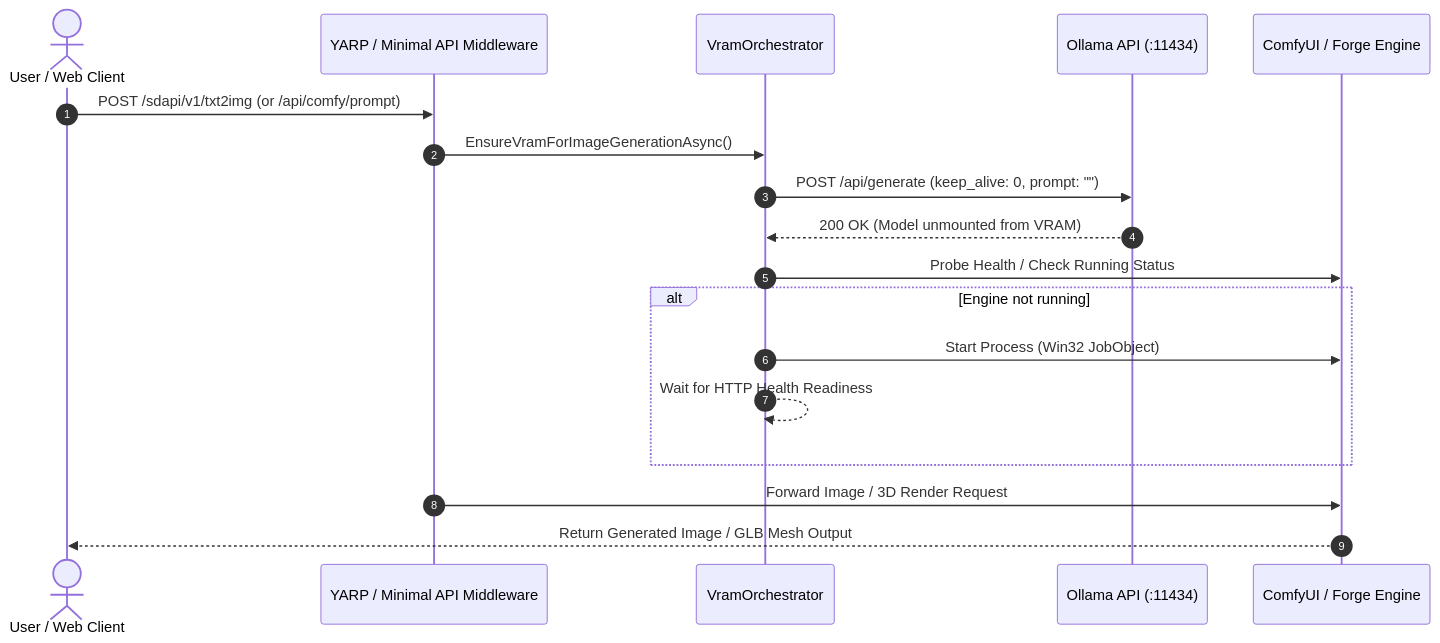
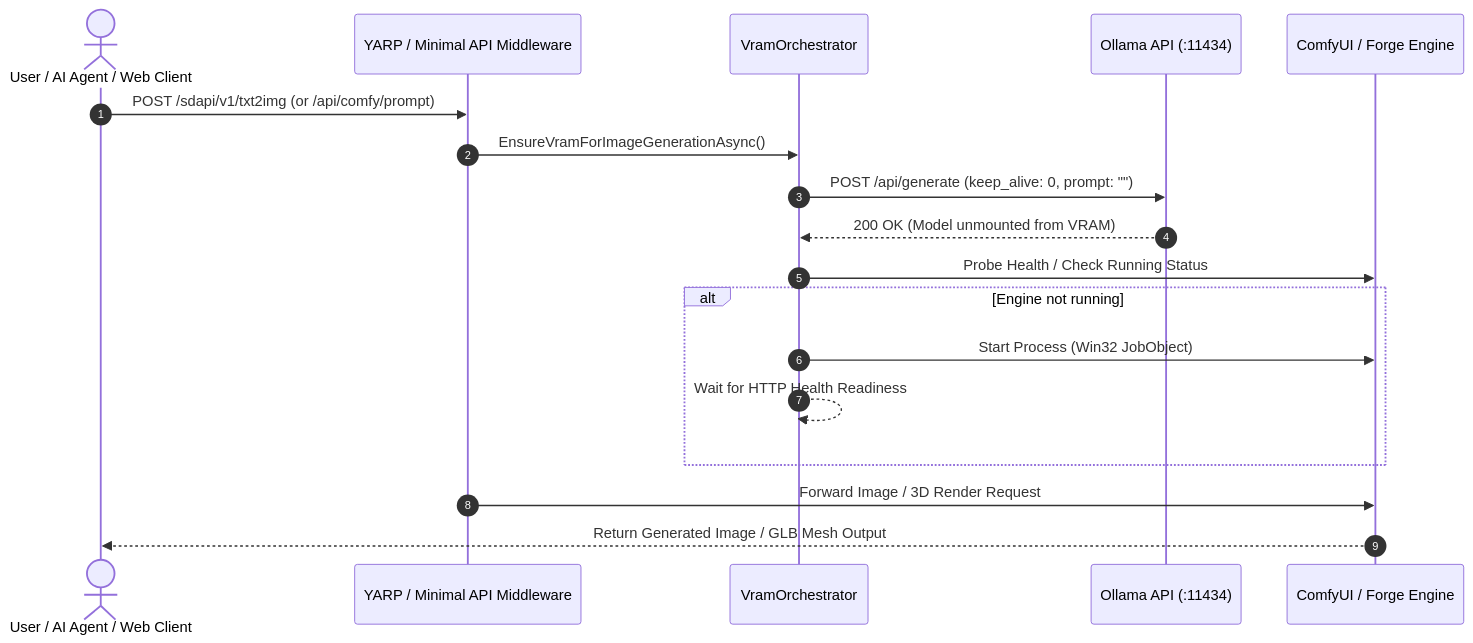
Before and after one commit to spelech/LocalLLMServerManager: the third of 3 diagrams in docs/ARCHITECTURE.md, drawn with Mermaid. The commit also changed other lines of this file and 3 other files, not shown here.

````diff
--- a/docs/ARCHITECTURE.md
+++ b/docs/ARCHITECTURE.md
@@ -152,21 +167,21 @@
 ```mermaid
 sequenceDiagram
     autonumber
-    actor Client as User / Web Client
+    actor Client as User / AI Agent / Web Client
     participant Proxy as YARP / Minimal API Middleware
     participant Orch as VramOrchestrator
     participant Ollama as Ollama API (:11434)
     participant Engine as ComfyUI / Forge Engine
 
     Client->>Proxy: POST /sdapi/v1/txt2img (or /api/comfy/prompt)
     Proxy->>Orch: EnsureVramForImageGenerationAsync()
     Orch->>Ollama: POST /api/generate (keep_alive: 0, prompt: "")
     Ollama-->>Orch: 200 OK (Model unmounted from VRAM)
     Orch->>Engine: Probe Health / Check Running Status
     alt Engine not running
         Orch->>Engine: Start Process (Win32 JobObject)
         Orch-->>Orch: Wait for HTTP Health Readiness
     end
     Proxy->>Engine: Forward Image / 3D Render Request
     Engine-->>Client: Return Generated Image / GLB Mesh Output
 ```
````
